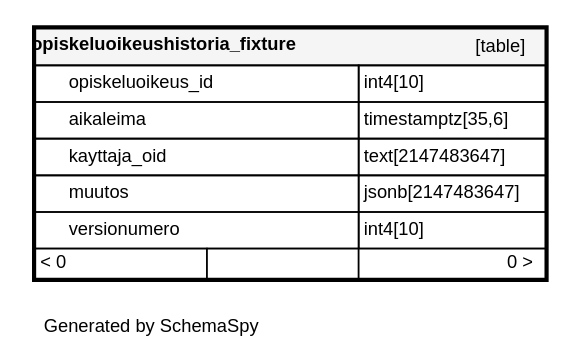
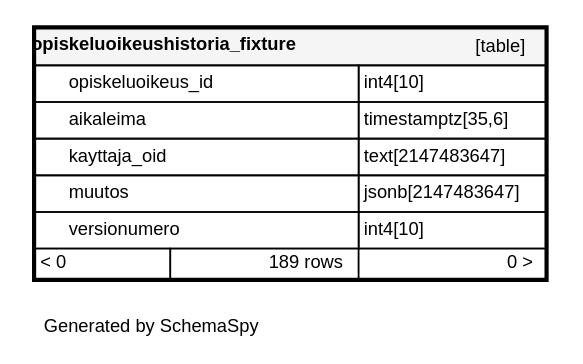
The diagram in documentation/tietokantaskeemat/koski/diagrams/tables/opiskeluoikeushistoria_fixture.1degree.dot (Opetushallitus/koski), drawn with Graphviz before and after one commit. The commit also changed 44 other files, not shown here.

```diff
--- a/documentation/tietokantaskeemat/koski/diagrams/tables/opiskeluoikeushistoria_fixture.1degree.dot
+++ b/documentation/tietokantaskeemat/koski/diagrams/tables/opiskeluoikeushistoria_fixture.1degree.dot
@@ -1,18 +1,18 @@
 digraph "oneDegreeRelationshipsDiagram" {
   graph [    rankdir="RL"    bgcolor="#ffffff"    label="\nGenerated by SchemaSpy"    labeljust="l"    nodesep="0.18"    ranksep="0.46"    fontname="Helvetica"    fontsize="11"    ration="compress"  ];  node [    fontname="Helvetica"    fontsize="11"    shape="plaintext"  ];  edge [    arrowsize="0.8"  ];
   "opiskeluoikeushistoria_fixture" [
    label=<
     <TABLE BORDER="2" CELLBORDER="1" CELLSPACING="0" BGCOLOR="#ffffff">
       <TR><TD COLSPAN="4"  BGCOLOR="#f5f5f5"><TABLE BORDER="0" CELLSPACING="0"><TR><TD ALIGN="LEFT" FIXEDSIZE="TRUE" WIDTH="173" HEIGHT="16"><B>opiskeluoikeushistoria_fixture</B></TD><TD ALIGN="RIGHT">[table]</TD></TR></TABLE></TD></TR>
       <TR><TD PORT="opiskeluoikeus_id" COLSPAN="2" ALIGN="LEFT"><TABLE BORDER="0" CELLSPACING="0" ALIGN="LEFT"><TR ALIGN="LEFT"><TD ALIGN="LEFT" FIXEDSIZE="TRUE" WIDTH="15" HEIGHT="16"></TD><TD ALIGN="LEFT" FIXEDSIZE="TRUE" WIDTH="173" HEIGHT="16">opiskeluoikeus_id</TD></TR></TABLE></TD><TD PORT="opiskeluoikeus_id.type" ALIGN="LEFT">int4[10]</TD></TR>
       <TR><TD PORT="aikaleima" COLSPAN="2" ALIGN="LEFT"><TABLE BORDER="0" CELLSPACING="0" ALIGN="LEFT"><TR ALIGN="LEFT"><TD ALIGN="LEFT" FIXEDSIZE="TRUE" WIDTH="15" HEIGHT="16"></TD><TD ALIGN="LEFT" FIXEDSIZE="TRUE" WIDTH="173" HEIGHT="16">aikaleima</TD></TR></TABLE></TD><TD PORT="aikaleima.type" ALIGN="LEFT">timestamptz[35,6]</TD></TR>
       <TR><TD PORT="kayttaja_oid" COLSPAN="2" ALIGN="LEFT"><TABLE BORDER="0" CELLSPACING="0" ALIGN="LEFT"><TR ALIGN="LEFT"><TD ALIGN="LEFT" FIXEDSIZE="TRUE" WIDTH="15" HEIGHT="16"></TD><TD ALIGN="LEFT" FIXEDSIZE="TRUE" WIDTH="173" HEIGHT="16">kayttaja_oid</TD></TR></TABLE></TD><TD PORT="kayttaja_oid.type" ALIGN="LEFT">text[2147483647]</TD></TR>
       <TR><TD PORT="muutos" COLSPAN="2" ALIGN="LEFT"><TABLE BORDER="0" CELLSPACING="0" ALIGN="LEFT"><TR ALIGN="LEFT"><TD ALIGN="LEFT" FIXEDSIZE="TRUE" WIDTH="15" HEIGHT="16"></TD><TD ALIGN="LEFT" FIXEDSIZE="TRUE" WIDTH="173" HEIGHT="16">muutos</TD></TR></TABLE></TD><TD PORT="muutos.type" ALIGN="LEFT">jsonb[2147483647]</TD></TR>
       <TR><TD PORT="versionumero" COLSPAN="2" ALIGN="LEFT"><TABLE BORDER="0" CELLSPACING="0" ALIGN="LEFT"><TR ALIGN="LEFT"><TD ALIGN="LEFT" FIXEDSIZE="TRUE" WIDTH="15" HEIGHT="16"></TD><TD ALIGN="LEFT" FIXEDSIZE="TRUE" WIDTH="173" HEIGHT="16">versionumero</TD></TR></TABLE></TD><TD PORT="versionumero.type" ALIGN="LEFT">int4[10]</TD></TR>
-      <TR><TD ALIGN="LEFT" BGCOLOR="#ffffff">&lt; 0</TD><TD ALIGN="RIGHT" BGCOLOR="#ffffff">  </TD><TD ALIGN="RIGHT" BGCOLOR="#ffffff">0 &gt;</TD></TR>
+      <TR><TD ALIGN="LEFT" BGCOLOR="#ffffff">&lt; 0</TD><TD ALIGN="RIGHT" BGCOLOR="#ffffff">189 rows</TD><TD ALIGN="RIGHT" BGCOLOR="#ffffff">0 &gt;</TD></TR>
     </TABLE>>
     URL="../../tables/opiskeluoikeushistoria_fixture.html"
     target="_top"
     tooltip="opiskeluoikeushistoria_fixture"
   ];
 }
```
